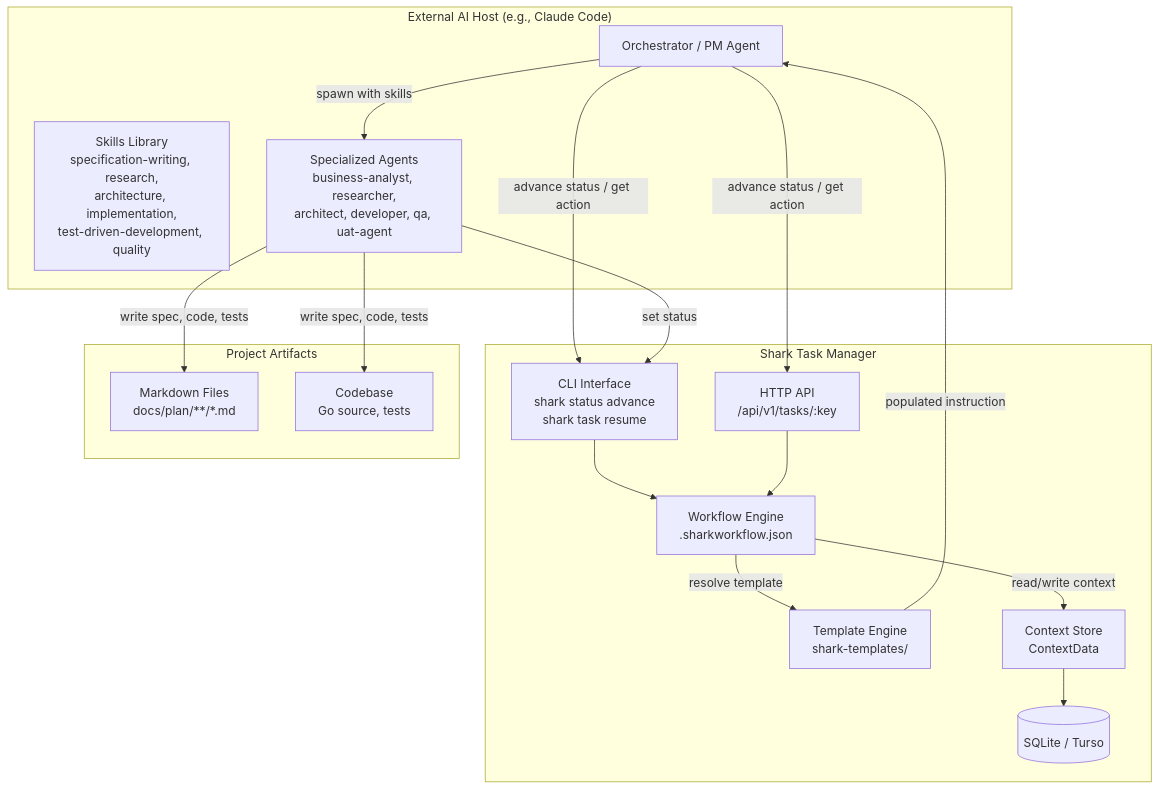
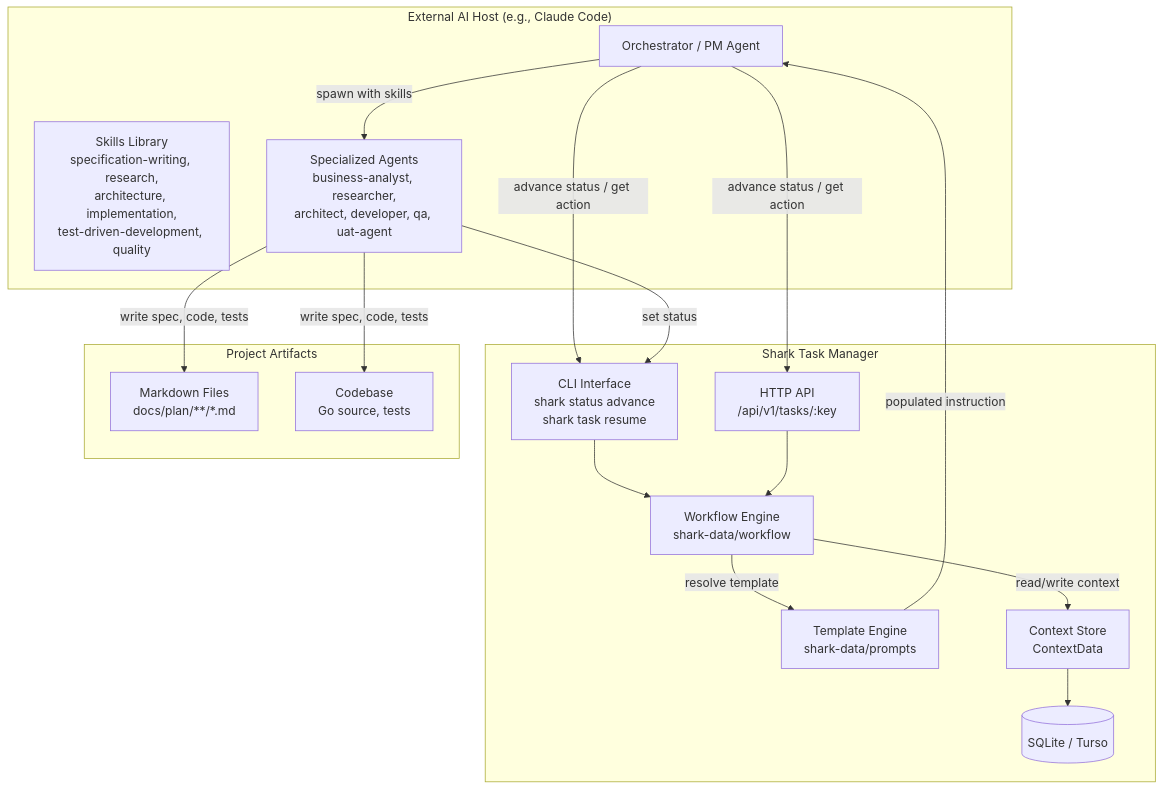
Before and after one commit to jwwelbor/shark-task-manager: the first of 18 diagrams in docs/architectural-overview.md, drawn with Mermaid. The commit also changed other lines of this file and 61 other files, not shown here.

````diff
--- a/docs/architectural-overview.md
+++ b/docs/architectural-overview.md
@@ -27,35 +27,35 @@
 ```mermaid
 graph TB
     subgraph "External AI Host (e.g., Claude Code)"
         ORCH[Orchestrator / PM Agent]
         SKILLS[Skills Library<br/>specification-writing, research,<br/>architecture, implementation,<br/>test-driven-development, quality]
         AGENTS[Specialized Agents<br/>business-analyst, researcher,<br/>architect, developer, qa, uat-agent]
     end
 
     subgraph "Shark Task Manager"
         CLI[CLI Interface<br/>shark status advance<br/>shark task resume]
         API[HTTP API<br/>/api/v1/tasks/:key]
-        WF[Workflow Engine<br/>.sharkworkflow.json]
-        TMPL[Template Engine<br/>shark-templates/]
+        WF[Workflow Engine<br/>shark-data/workflow]
+        TMPL[Template Engine<br/>shark-data/prompts]
         CTX[Context Store<br/>ContextData]
         DB[(SQLite / Turso)]
     end
 
     subgraph "Project Artifacts"
         MD[Markdown Files<br/>docs/plan/**/*.md]
         CODE[Codebase<br/>Go source, tests]
     end
 
     ORCH -->|advance status / get action| CLI
     ORCH -->|advance status / get action| API
     CLI --> WF
     API --> WF
     WF -->|resolve template| TMPL
     WF -->|read/write context| CTX
     CTX --> DB
     TMPL -->|populated instruction| ORCH
     ORCH -->|spawn with skills| AGENTS
     AGENTS -->|write spec, code, tests| MD
     AGENTS -->|write spec, code, tests| CODE
     AGENTS -->|set status| CLI
 ```
````
